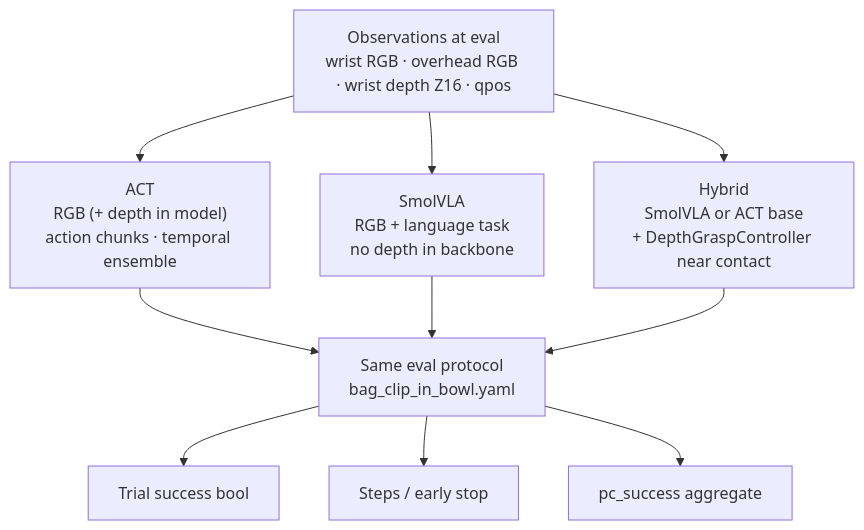
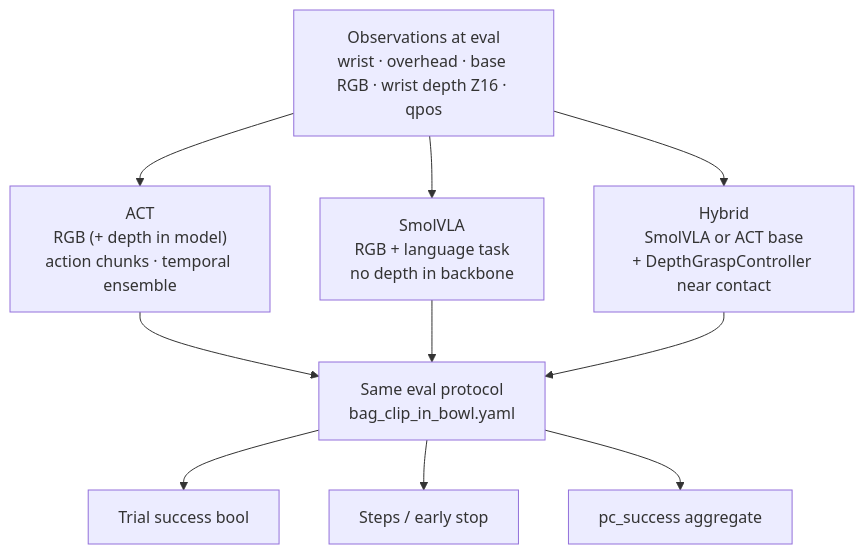
Before and after one commit to romil0001/Imitation-learning_data_pipeline_LeRobot_SO-101: the second of 4 diagrams in docs/outcomes.md, drawn with Mermaid. The commit also changed other lines of this file and 52 other files, not shown here.

````diff
--- a/docs/outcomes.md
+++ b/docs/outcomes.md
@@ -70,16 +70,16 @@
 ```mermaid
 flowchart TB
-  OBS["Observations at eval<br/>wrist RGB · overhead RGB · wrist depth Z16 · qpos"]
+  OBS["Observations at eval<br/>wrist · overhead · base RGB · wrist depth Z16 · qpos"]
 
   OBS --> ACTp["ACT<br/>RGB (+ depth in model)<br/>action chunks · temporal ensemble"]
   OBS --> SVp["SmolVLA<br/>RGB + language task<br/>no depth in backbone"]
   OBS --> HYp["Hybrid<br/>SmolVLA or ACT base<br/>+ DepthGraspController near contact"]
 
   ACTp --> OUT["Same eval protocol<br/>bag_clip_in_bowl.yaml"]
   SVp --> OUT
   HYp --> OUT
 
   OUT --> M1["Trial success bool"]
   OUT --> M2["Steps / early stop"]
   OUT --> M3["pc_success aggregate"]
 ```
````
